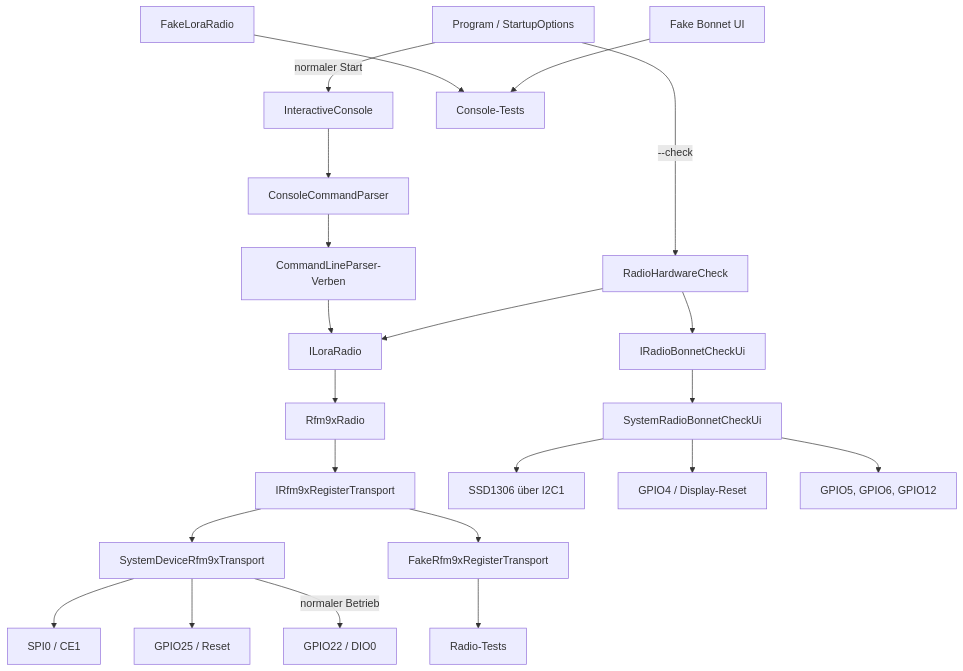
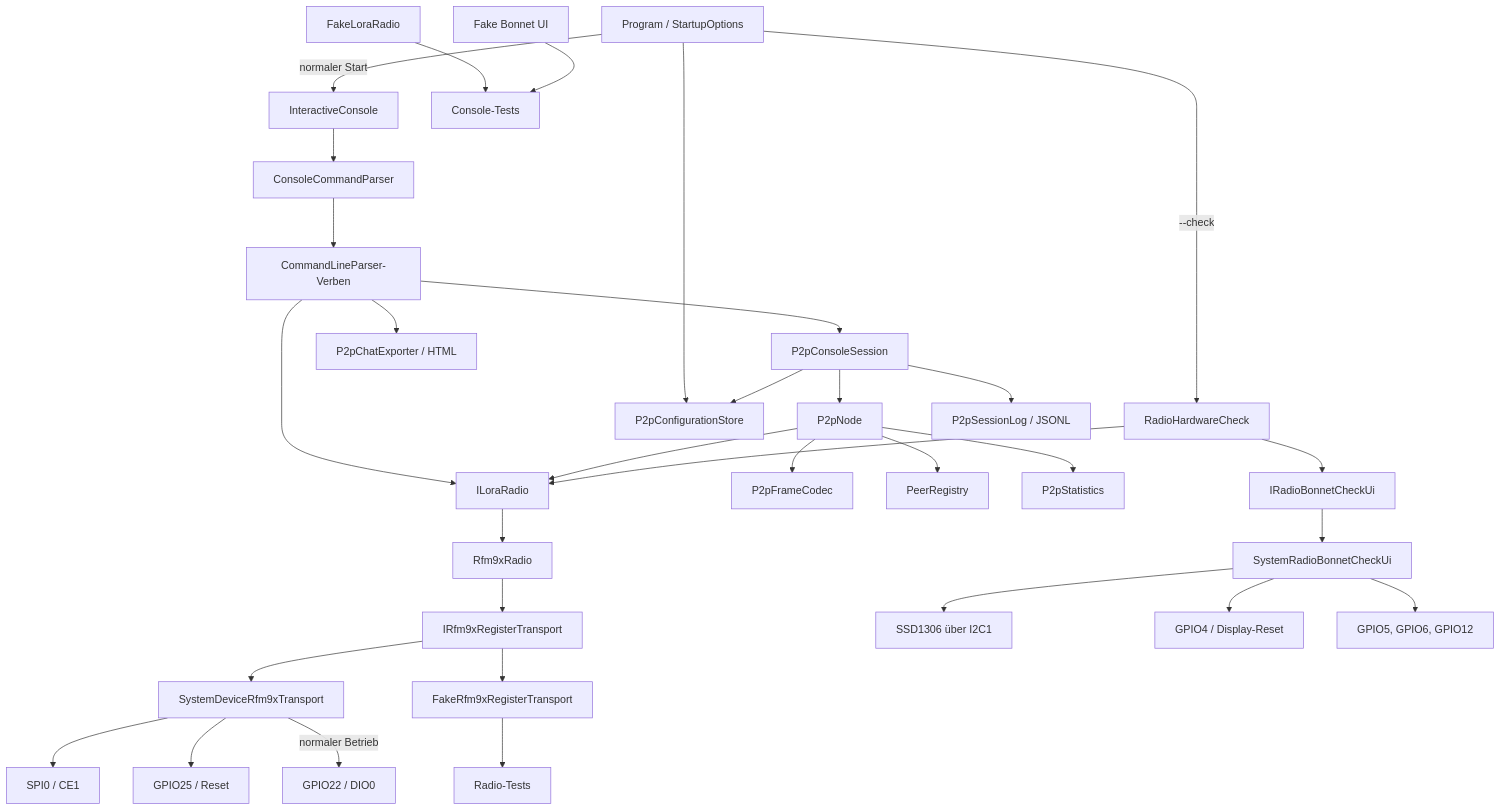
Before and after one commit to thomasbiel/LoRaP2P: the diagram in docs/PRD.md, drawn with Mermaid. The commit also changed other lines of this file and 55 other files, not shown here.

````diff
--- a/docs/PRD.md
+++ b/docs/PRD.md
@@ -177,32 +177,42 @@
 ```mermaid
 flowchart TD
     PROGRAM[Program / StartupOptions]
 
     PROGRAM -->|normaler Start| CLI[InteractiveConsole]
     PROGRAM -->|--check| CHECK[RadioHardwareCheck]
+    PROGRAM --> P2P_CONFIG[P2pConfigurationStore]
 
     CLI --> PARSER[ConsoleCommandParser]
     PARSER --> VERBS[CommandLineParser-Verben]
     VERBS --> API[ILoraRadio]
+    VERBS --> SESSION[P2pConsoleSession]
+    SESSION --> P2P_NODE[P2pNode]
+    SESSION --> P2P_CONFIG
+    SESSION --> SESSION_LOG[P2pSessionLog / JSONL]
+    VERBS --> EXPORT[P2pChatExporter / HTML]
+    P2P_NODE --> CODEC[P2pFrameCodec]
+    P2P_NODE --> PEERS[PeerRegistry]
+    P2P_NODE --> STATS[P2pStatistics]
+    P2P_NODE --> API
     CHECK --> API
     CHECK --> BONNET_API[IRadioBonnetCheckUi]
 
     API --> RADIO[Rfm9xRadio]
     RADIO --> PORT[IRfm9xRegisterTransport]
 
     PORT --> PI[SystemDeviceRfm9xTransport]
     PORT --> FAKE_TRANSPORT[FakeRfm9xRegisterTransport]
 
     PI --> SPI[SPI0 / CE1]
     PI --> RESET[GPIO25 / Reset]
     PI -->|normaler Betrieb| DIO0[GPIO22 / DIO0]
 
     BONNET_API --> BONNET[SystemRadioBonnetCheckUi]
     BONNET --> OLED[SSD1306 über I2C1]
     BONNET --> DISPLAY_RESET[GPIO4 / Display-Reset]
     BONNET --> BUTTONS[GPIO5, GPIO6, GPIO12]
 
     FAKE_RADIO[FakeLoraRadio] --> CONSOLE_TESTS[Console-Tests]
     FAKE_BONNET[Fake Bonnet UI] --> CONSOLE_TESTS
     FAKE_TRANSPORT --> RADIO_TESTS[Radio-Tests]
 ```
````
